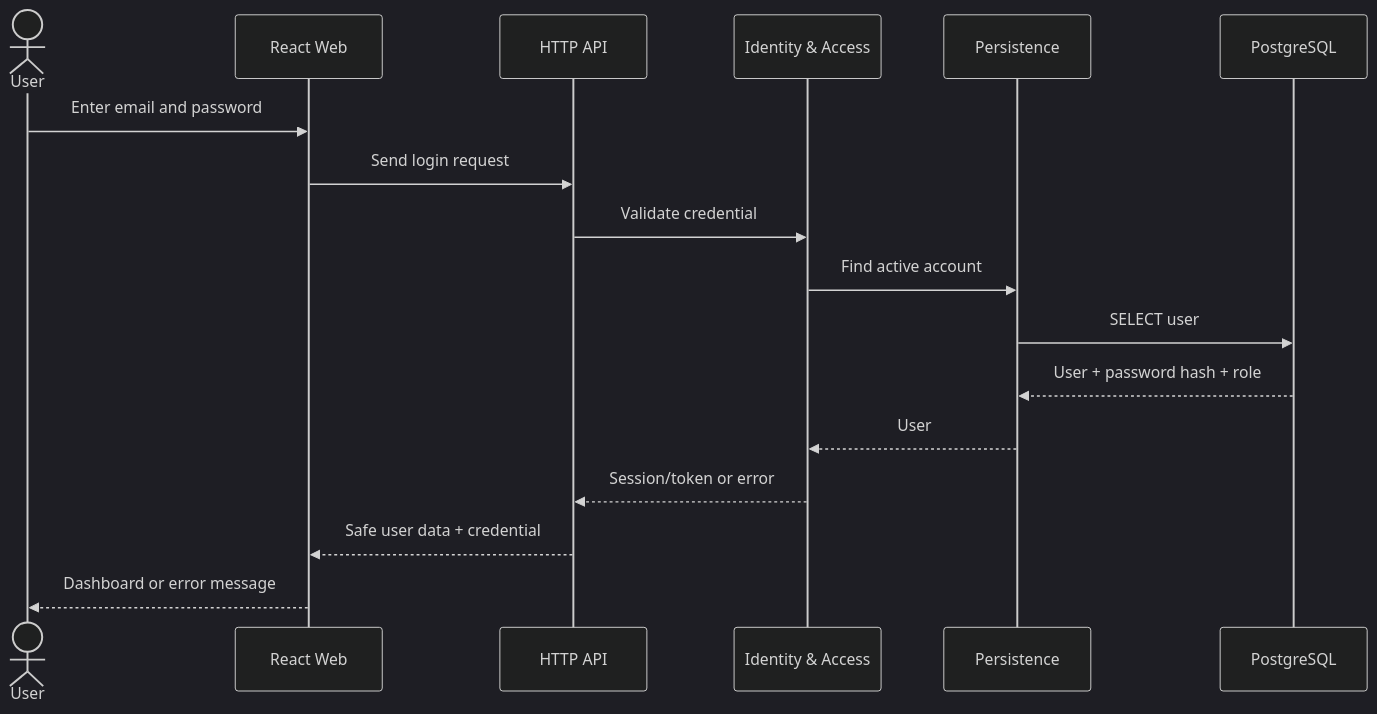
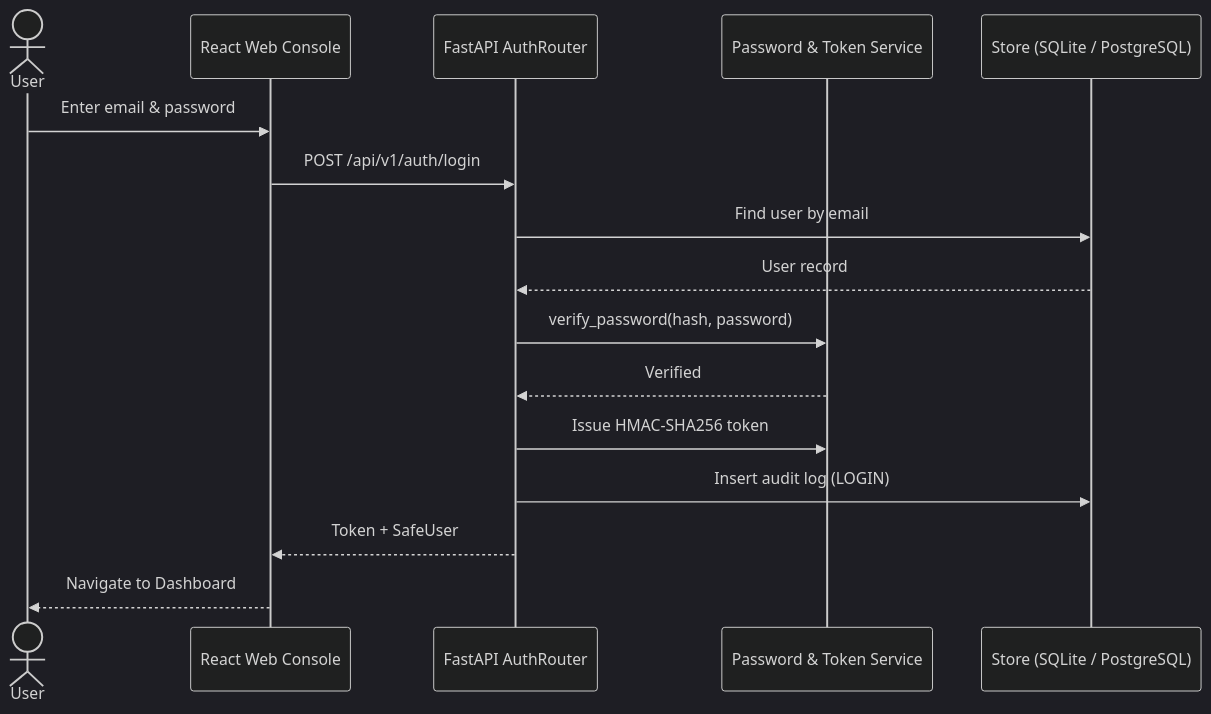
The first of 4 diagrams in docs/architecture/arc42/06-runtime-view.md (AnCoder1310/FlowForge), drawn with Mermaid (dark theme) before and after one commit. The commit also changed other lines of this file and 25 other files, not shown here.

Commit message:
feat: complete FlowForge DWOP OpenAPI 3.1, Arc42 architecture, and Developer Console branding

````diff
--- a/docs/architecture/arc42/06-runtime-view.md
+++ b/docs/architecture/arc42/06-runtime-view.md
@@ -7,19 +7,18 @@
 ```mermaid
 sequenceDiagram
     actor U as User
-    participant W as React Web
-    participant A as HTTP API
-    participant I as Identity & Access
-    participant P as Persistence
-    participant D as PostgreSQL
-    U->>W: Enter email and password
-    W->>A: Send login request
-    A->>I: Validate credential
-    I->>P: Find active account
-    P->>D: SELECT user
-    D-->>P: User + password hash + role
-    P-->>I: User
-    I-->>A: Session/token or error
-    A-->>W: Safe user data + credential
-    W-->>U: Dashboard or error message
+    participant W as React Web Console
+    participant A as FastAPI AuthRouter
+    participant S as Password & Token Service
+    participant D as Store (SQLite / PostgreSQL)
+    U->>W: Enter email & password
+    W->>A: POST /api/v1/auth/login
+    A->>D: Find user by email
+    D-->>A: User record
+    A->>S: verify_password(hash, password)
+    S-->>A: Verified
+    A->>S: Issue HMAC-SHA256 token
+    A->>D: Insert audit log (LOGIN)
+    A-->>W: Token + SafeUser
+    W-->>U: Navigate to Dashboard
 ```
````
